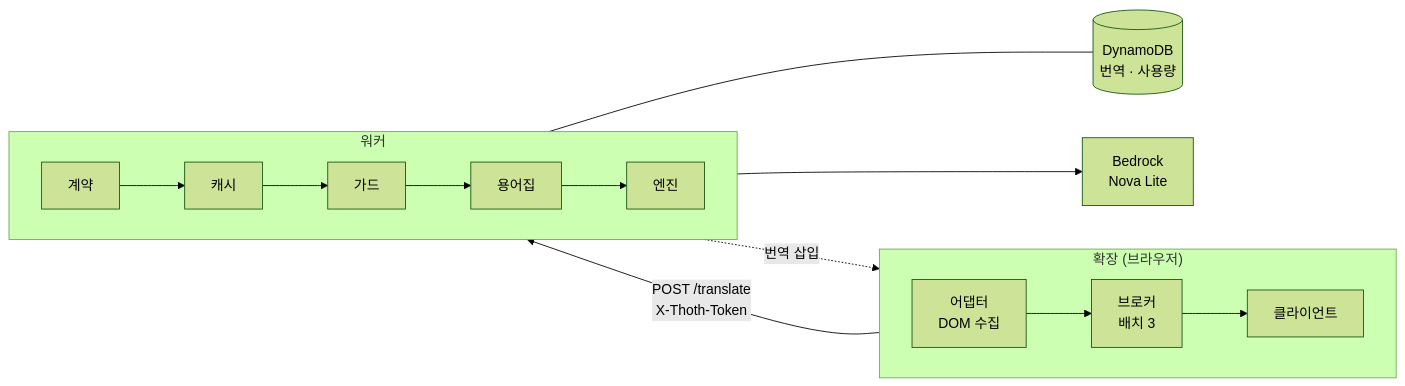
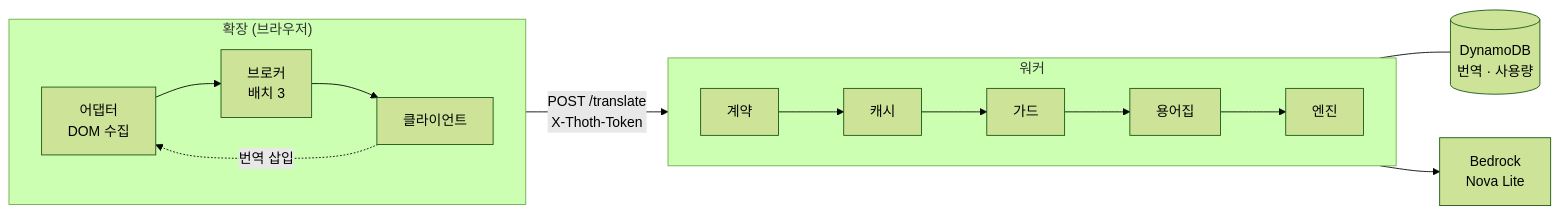
The diagram in README.md (CleverAIFox/thoth), drawn with Mermaid (forest theme) before and after one commit.

Commit message:
README: 번역 삽입 화살표를 클라이언트에서 뽑는다

````diff
--- a/README.md
+++ b/README.md
@@ -14,15 +14,15 @@
 ```mermaid
 flowchart LR
   subgraph EXT["확장 (브라우저)"]
     direction LR
     A["어댑터<br/>DOM 수집"] --> B["브로커<br/>배치 3"] --> C["클라이언트"]
   end
   C -->|"POST /translate<br/>X-Thoth-Token"| D
   subgraph WRK["워커"]
     direction LR
     D["계약"] --> E["캐시"] --> F["가드"] --> G["용어집"] --> H["엔진"]
   end
   E --- DB[("DynamoDB<br/>번역 · 사용량")]
   H --> BR["Bedrock<br/>Nova Lite"]
-  H -.->|번역 삽입| A
+  C -.->|번역 삽입| A
 ```
````
